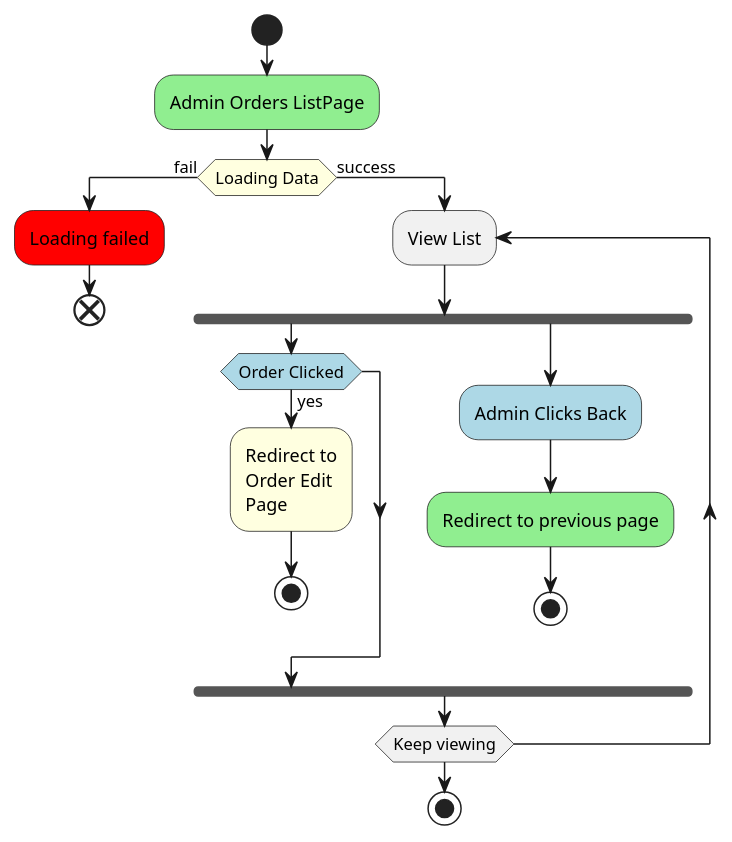
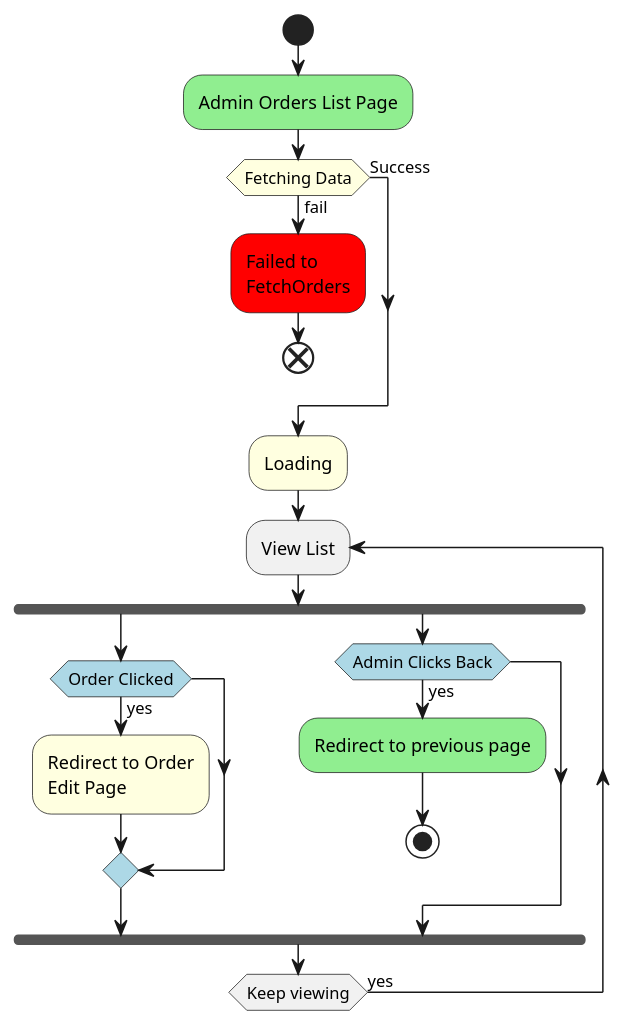
Before and after one commit to MuhannadYazbak/ecommerce: the diagram in src/components/admin/AdminOrdersListDiagram.puml, drawn with PlantUML. The commit also changed other lines of this file and 13 other files, not shown here.

Commit message:
Activity PlantUML for all pages

```diff
--- a/src/components/admin/AdminOrdersListDiagram.puml
+++ b/src/components/admin/AdminOrdersListDiagram.puml
@@ -1,22 +25,24 @@
-@startuml AdminOrdersListDiagram
+@startuml AdminOrderListDiagram
 start
-#lightgreen:Admin Orders ListPage;
-#lightyellow:if(Loading Data) then(fail)
-    #red:Loading failed;
-    end
-else(success)
+#lightgreen:Admin Orders List Page;
+#lightyellow:if(Fetching Data) then(fail)
+#red:Failed to \nFetchOrders;
+end
+else(Success)
+endif
+#lightyellow:Loading;
     repeat :View List;
     fork
-    #lightblue:if(Order Clicked) then(yes)
-        #lightyellow:Redirect to\nOrder Edit\nPage;
-        stop
+        #lightblue:if(Order Clicked) then(yes)
+            #lightyellow:Redirect to Order\nEdit Page;
+        
         endif
     fork again
-    #lightblue:Admin Clicks Back;
-        #lightgreen:Redirect to previous page;
-        stop
+        #lightblue:if(Admin Clicks Back) then(yes)
+            #lightgreen:Redirect to previous page;
+            stop
+        endif
+    end fork
+repeat while(Keep viewing) is (yes)
 
-end fork
-repeat while(Keep viewing)
-stop
 @enduml
```
